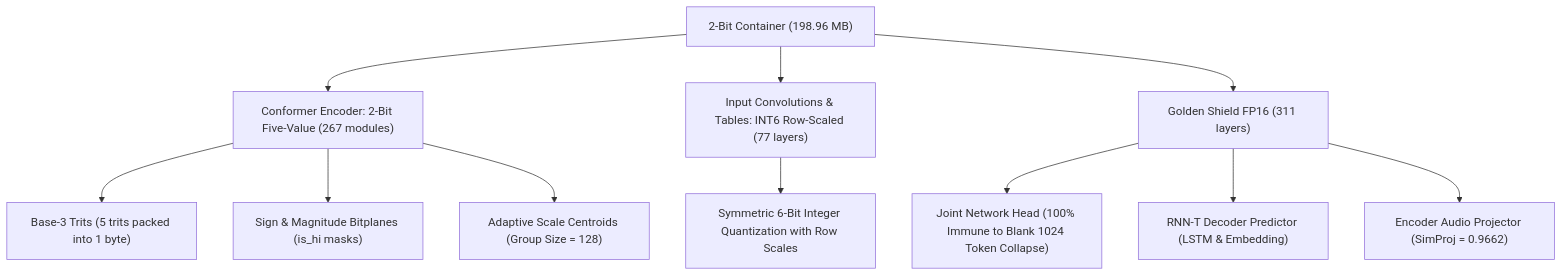
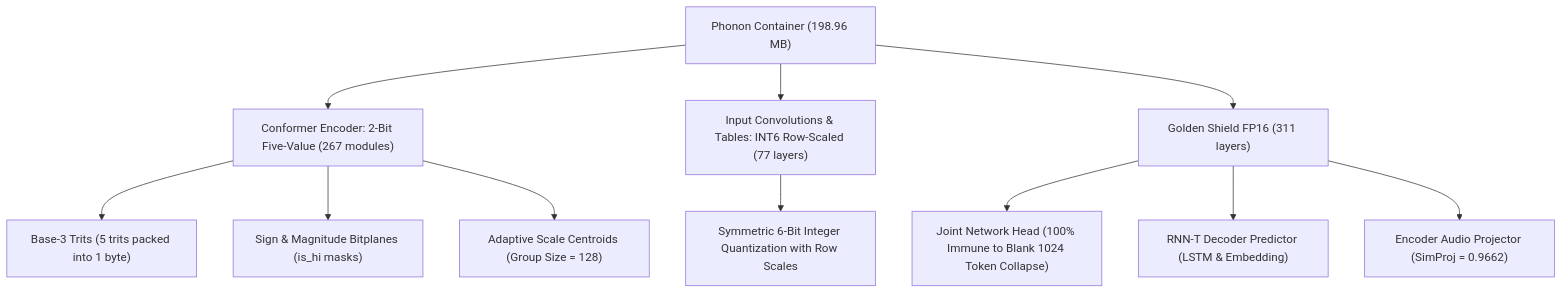
One commit to ramin-mahmoodi/phonon-nemotron-0.6b-farsi-2bit changed the diagram in README.md. Above: the diagram before and after it, drawn with Mermaid. The commit also changed other lines of this file and 3 other files, not shown here.

Commit message:
refactor: rename project to Phonon Nemotron 0.6B Farsi 2-Bit and remove all emojis

````diff
--- a/README.md
+++ b/README.md
@@ -56,16 +56,16 @@
 ```mermaid
 flowchart TD
-    A["2-Bit Container (198.96 MB)"] --> B["Conformer Encoder: 2-Bit Five-Value (267 modules)"]
+    A["Phonon Container (198.96 MB)"] --> B["Conformer Encoder: 2-Bit Five-Value (267 modules)"]
     A --> C["Input Convolutions & Tables: INT6 Row-Scaled (77 layers)"]
     A --> D["Golden Shield FP16 (311 layers)"]
 
     B --> B1["Base-3 Trits (5 trits packed into 1 byte)"]
     B --> B2["Sign & Magnitude Bitplanes (is_hi masks)"]
     B --> B3["Adaptive Scale Centroids (Group Size = 128)"]
 
     C --> C1["Symmetric 6-Bit Integer Quantization with Row Scales"]
 
     D --> D1["Joint Network Head (100% Immune to Blank 1024 Token Collapse)"]
     D --> D2["RNN-T Decoder Predictor (LSTM & Embedding)"]
     D --> D3["Encoder Audio Projector (SimProj = 0.9662)"]
 ```
````
